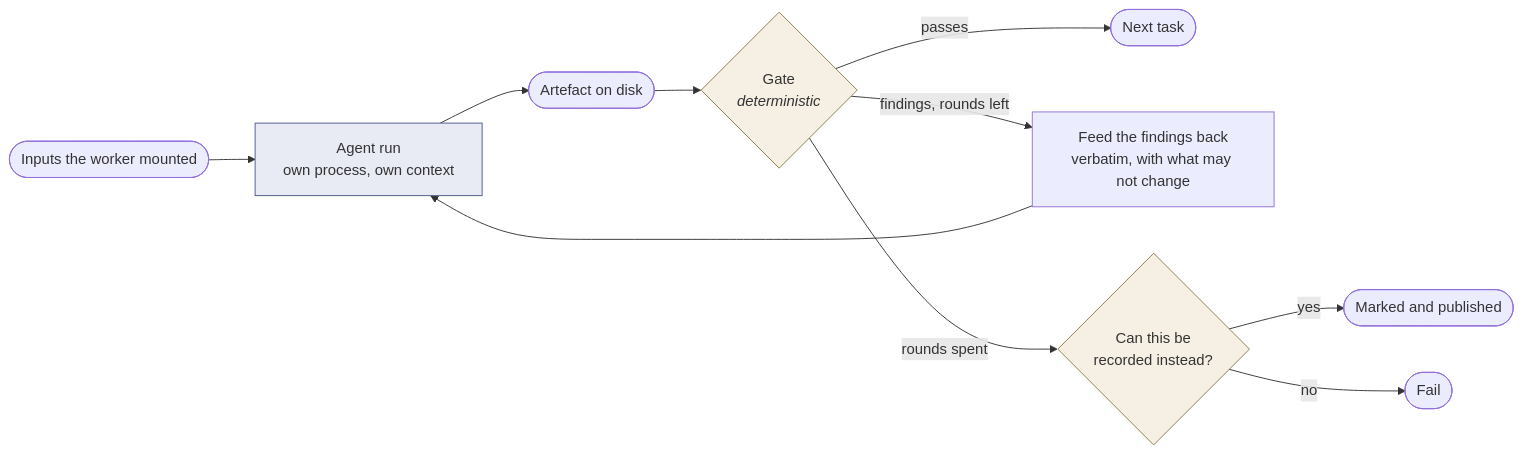
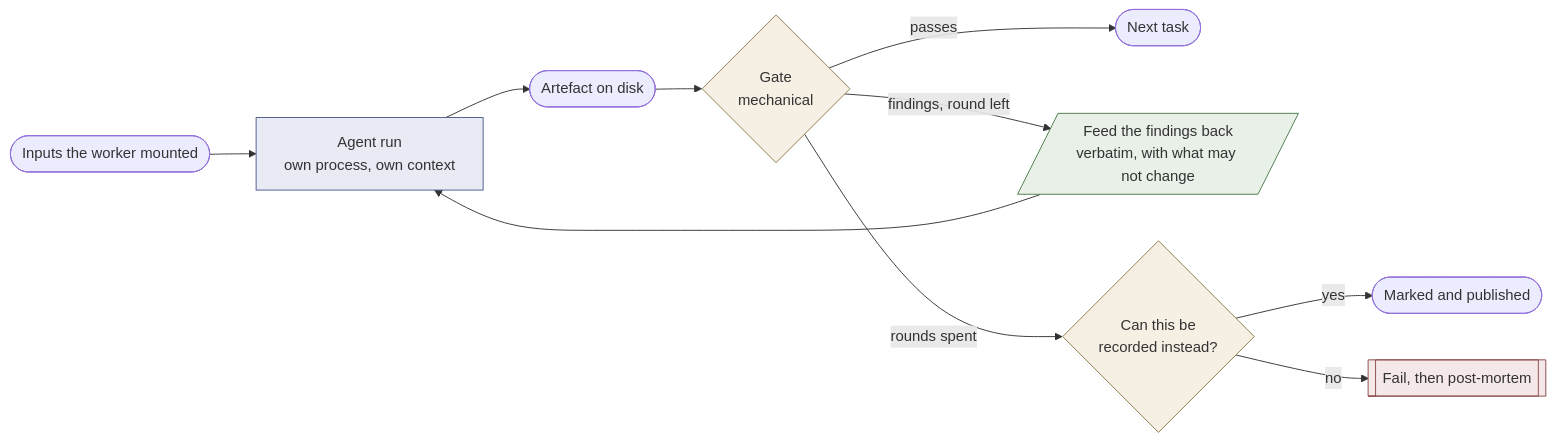
The second of 2 diagrams in docs/src/content/rfcs/rfc-026.md (MinBZK/regelrecht), drawn with Mermaid before and after one commit. The commit also changed other lines of this file, not shown here.

First line of the commit message:
docs: zeven faalwegen en een post-mortem in de ketentekening

````diff
--- a/docs/src/content/rfcs/rfc-026.md
+++ b/docs/src/content/rfcs/rfc-026.md
@@ -132,17 +216,21 @@
 ```mermaid
 flowchart LR
-    IN([Inputs the worker mounted]) --> RUN[Agent run<br/>own process, own context]
+    IN([Inputs the worker mounted]) --> RUN["Agent run<br/>own process, own context"]
     RUN --> OUT([Artefact on disk])
-    OUT --> GATE{Gate<br/><i>deterministic</i>}
+    OUT --> GATE{"Gate<br/>mechanical"}
     GATE -->|passes| NEXT([Next task])
-    GATE -->|findings, rounds left| FB[Feed the findings back<br/>verbatim, with what may not change]
+    GATE -->|"findings, round left"| FB[/"Feed the findings back<br/>verbatim, with what may not change"/]
     FB --> RUN
-    GATE -->|rounds spent| ESC{Can this be<br/>recorded instead?}
+    GATE -->|"rounds spent"| ESC{"Can this be<br/>recorded instead?"}
     ESC -->|yes| MARKED([Marked and published])
-    ESC -->|no| STOP([Fail])
+    ESC -->|no| STOP[["Fail, then post-mortem"]]
 
+    classDef mech fill:#e8f0e8,stroke:#4a7a4a
     classDef agent fill:#e8eaf4,stroke:#4a5a8a
     classDef gate fill:#f6f0e4,stroke:#8a7a4a
+    classDef fail fill:#f4e8e8,stroke:#8a4a4a
+    class FB mech
     class RUN agent
     class GATE,ESC gate
+    class STOP fail
 ```
````
